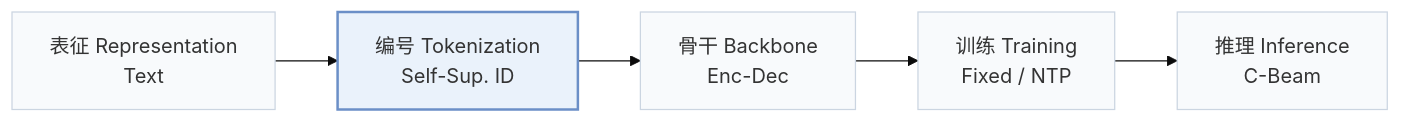
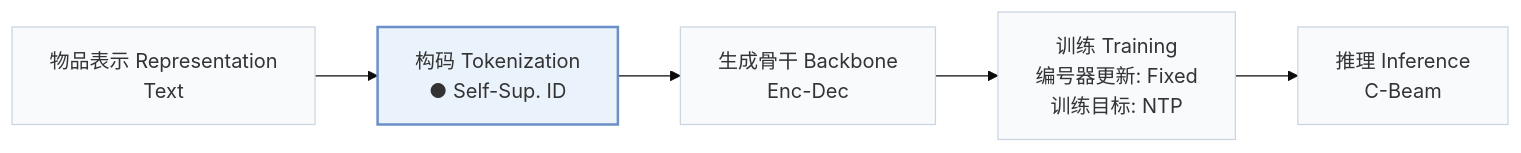
One commit to Galaxy-ghost/Awesome-SID-Generative-Rec changed the first of 2 diagrams in pages/zh/papers/lmindexer.md. Above: the diagram before and after it, drawn with Mermaid (base theme). The commit also changed other lines of this file and 558 other files, not shown here.

````diff
--- a/pages/zh/papers/lmindexer.md
+++ b/pages/zh/papers/lmindexer.md
@@ -15,8 +19,8 @@
 ```mermaid
 flowchart LR
-    R["表征 Representation<br/>Text"] --> T["编号 Tokenization<br/>Self-Sup. ID"] --> B["骨干 Backbone<br/>Enc-Dec"] --> TR["训练 Training<br/>Fixed / NTP"] --> I["推理 Inference<br/>C-Beam"]
+    R["物品表示 Representation<br/>Text"] --> T["构码 Tokenization<br/>● Self-Sup. ID"] --> B["生成骨干 Backbone<br/>Enc-Dec"] --> TR["训练 Training<br/>编号器更新: Fixed<br/>训练目标: NTP"] --> I["推理 Inference<br/>C-Beam"]
     classDef base fill:#f8fafc,stroke:#cbd5e1
     class R,T,B,TR,I base
     classDef main fill:#eaf2fb,stroke:#6b8fc7,stroke-width:2px
     class T main
 ```
````
